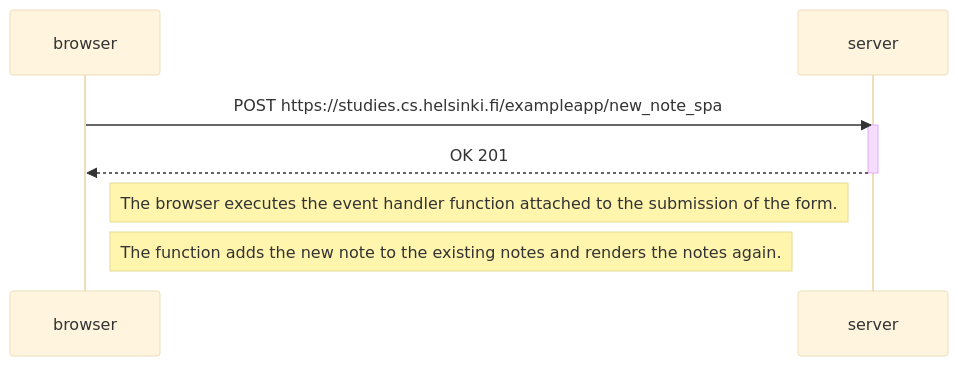
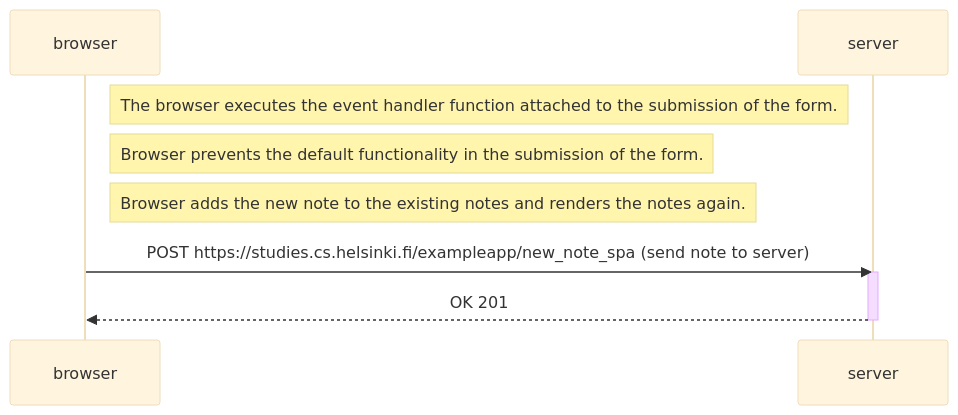
Before and after one commit to onnimie/fullstack-course: the diagram in osa1/0.6/seq-diag.md, drawn with Mermaid (base theme).

````diff
--- a/osa1/0.6/seq-diag.md
+++ b/osa1/0.6/seq-diag.md
@@ -3,14 +3,16 @@
 ```mermaid
 sequenceDiagram
     participant browser
     participant server
-    
-    browser->>server: POST https://studies.cs.helsinki.fi/exampleapp/new_note_spa
+
+    Note right of browser: The browser executes the event handler function attached to the submission of the form.
+
+    Note right of browser: Browser prevents the default functionality in the submission of the form.
+
+    Note right of browser: Browser adds the new note to the existing notes and renders the notes again.
+
+    browser->>server: POST https://studies.cs.helsinki.fi/exampleapp/new_note_spa (send note to server)
     activate server
     server-->>browser: OK 201
     deactivate server
-
-    Note right of browser: The browser executes the event handler function attached to the submission of the form.
-
-    Note right of browser: The function adds the new note to the existing notes and renders the notes again.
 ```
````
